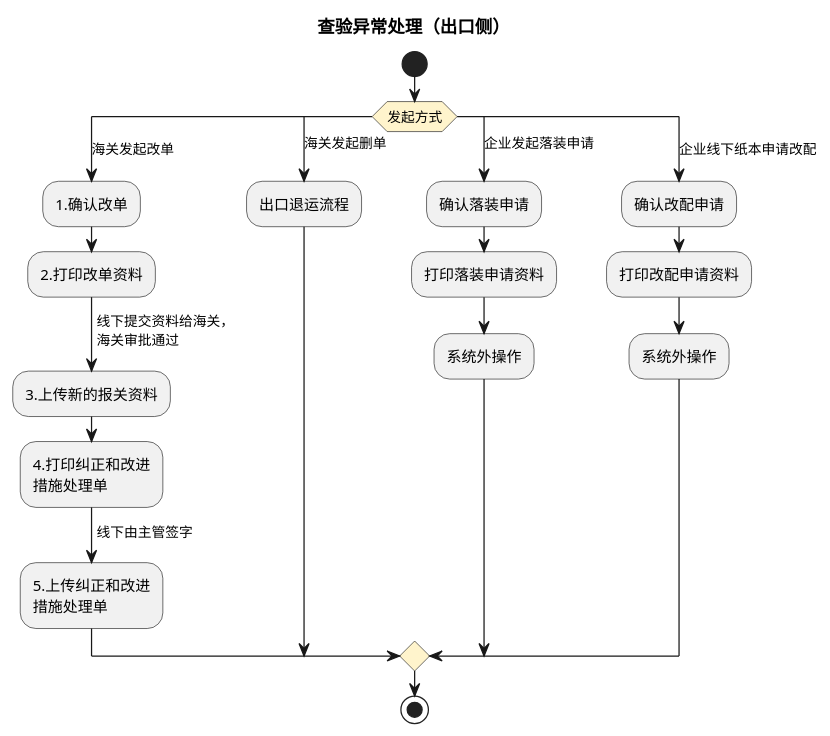
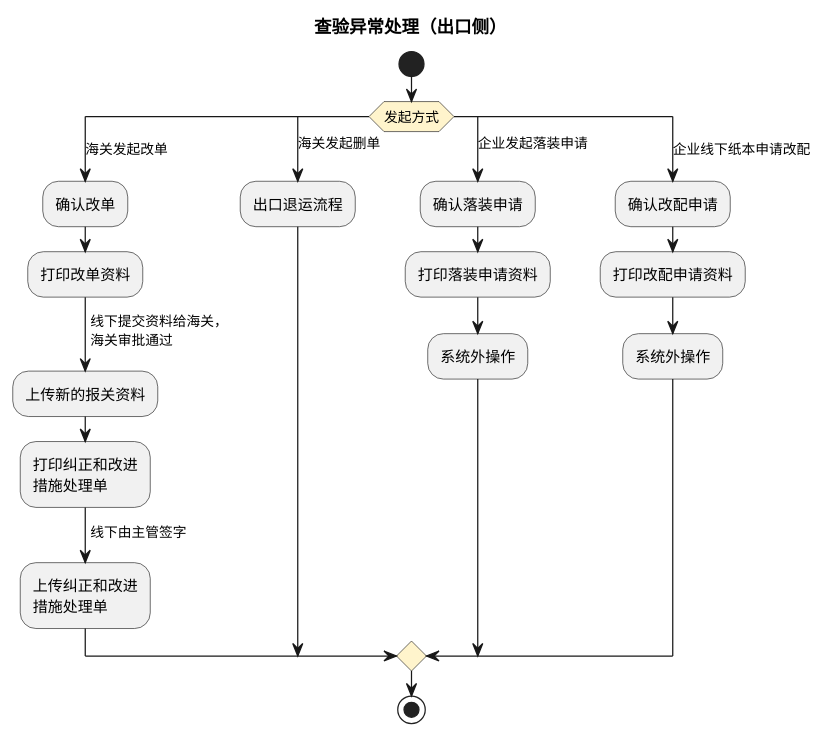
One commit to jack888332/projects-doc changed the sixth of 7 diagrams in product-caliber/goldjet/segmented-prd/mainflow/PRD.高捷物流系统一期.主流程.09.异常处理流程.md. Above: the diagram before and after it, drawn with PlantUML. The commit also changed other lines of this file and 24 other files, not shown here.

````diff
--- a/product-caliber/goldjet/segmented-prd/mainflow/PRD.高捷物流系统一期.主流程.09.异常处理流程.md
+++ b/product-caliber/goldjet/segmented-prd/mainflow/PRD.高捷物流系统一期.主流程.09.异常处理流程.md
@@ -135,28 +135,28 @@
 ```plantuml
 @startuml goldjet-mainflow-09-9648187c-04
 skinparam activityDiamondBackgroundColor #FFF4CC
 title 查验异常处理（出口侧）
 start
 switch (发起方式)
 case (海关发起改单)
-  :1.确认改单;
-  :2.打印改单资料;
+  :确认改单;
+  :打印改单资料;
   -> 线下提交资料给海关，\n海关审批通过;
-  :3.上传新的报关资料;
-  :4.打印纠正和改进\n措施处理单;
+  :上传新的报关资料;
+  :打印纠正和改进\n措施处理单;
   -> 线下由主管签字;
-  :5.上传纠正和改进\n措施处理单;
+  :上传纠正和改进\n措施处理单;
 case (海关发起删单)
   :出口退运流程;
 case (企业发起落装申请)
   :确认落装申请;
   :打印落装申请资料;
   :系统外操作;
 case (企业线下纸本申请改配)
   :确认改配申请;
   :打印改配申请资料;
   :系统外操作;
 endswitch
 stop
 @enduml
 ```
````
